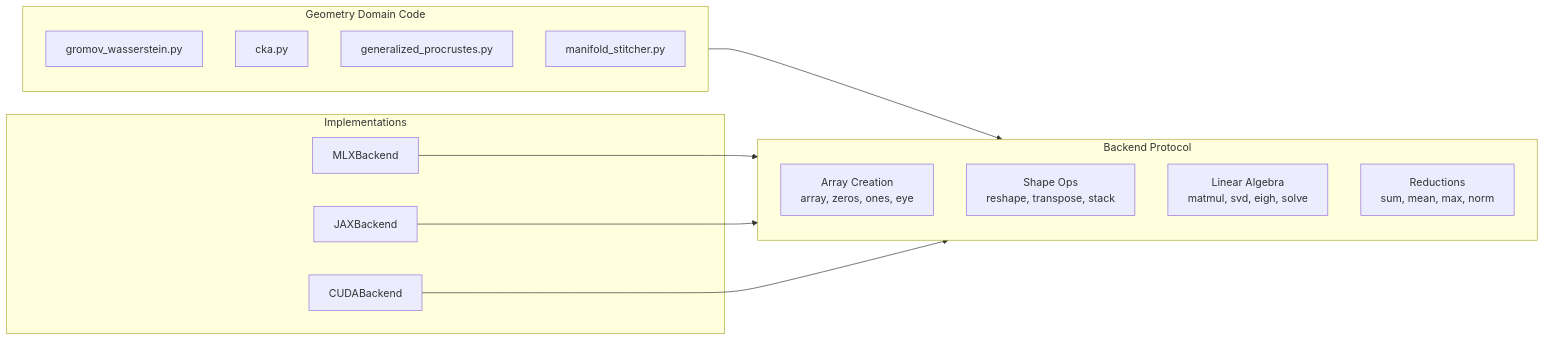
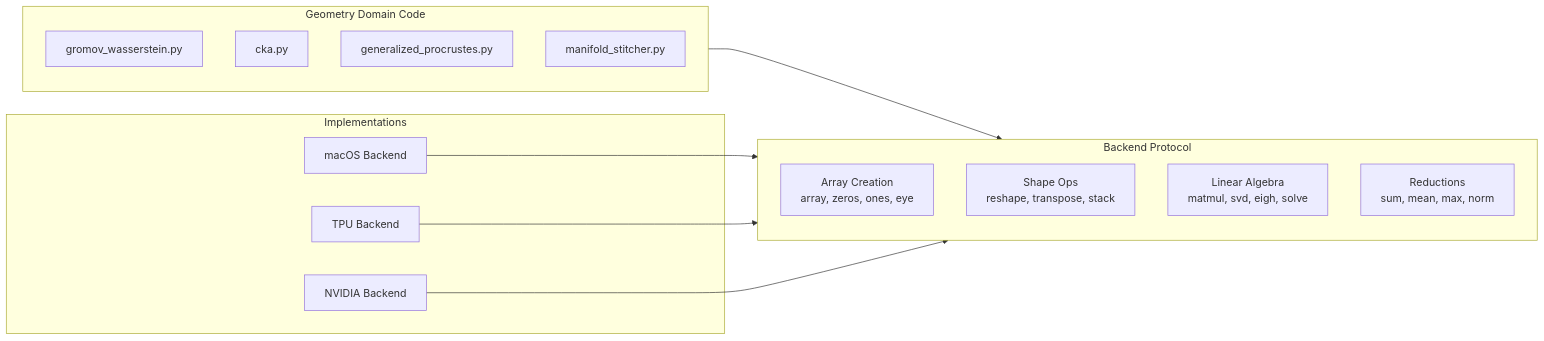
Before and after one commit to Ethyros-AI/ModelCypher: the second of 4 diagrams in docs/ARCHITECTURE.md, drawn with Mermaid. The commit also changed other lines of this file and 35 other files, not shown here.

````diff
--- a/docs/ARCHITECTURE.md
+++ b/docs/ARCHITECTURE.md
@@ -119,27 +119,27 @@
 ```mermaid
 flowchart LR
     subgraph GEOMETRY["Geometry Domain Code"]
         GW["gromov_wasserstein.py"]
         CKA["cka.py"]
         PROC["generalized_procrustes.py"]
         MANI["manifold_stitcher.py"]
     end
 
     subgraph PROTOCOL["Backend Protocol"]
         ARRAY["Array Creation<br/>array, zeros, ones, eye"]
         SHAPE["Shape Ops<br/>reshape, transpose, stack"]
         LINALG["Linear Algebra<br/>matmul, svd, eigh, solve"]
         REDUCE["Reductions<br/>sum, mean, max, norm"]
     end
 
     subgraph IMPLS["Implementations"]
-        MLX["MLXBackend"]
-        JAX["JAXBackend"]
-        CUDA["CUDABackend"]
+        MAC["macOS Backend"]
+        TPU["TPU Backend"]
+        NVIDIA["NVIDIA Backend"]
     end
 
     GEOMETRY --> PROTOCOL
-    MLX --> PROTOCOL
-    JAX --> PROTOCOL
-    CUDA --> PROTOCOL
+    MAC --> PROTOCOL
+    TPU --> PROTOCOL
+    NVIDIA --> PROTOCOL
 ```
````
